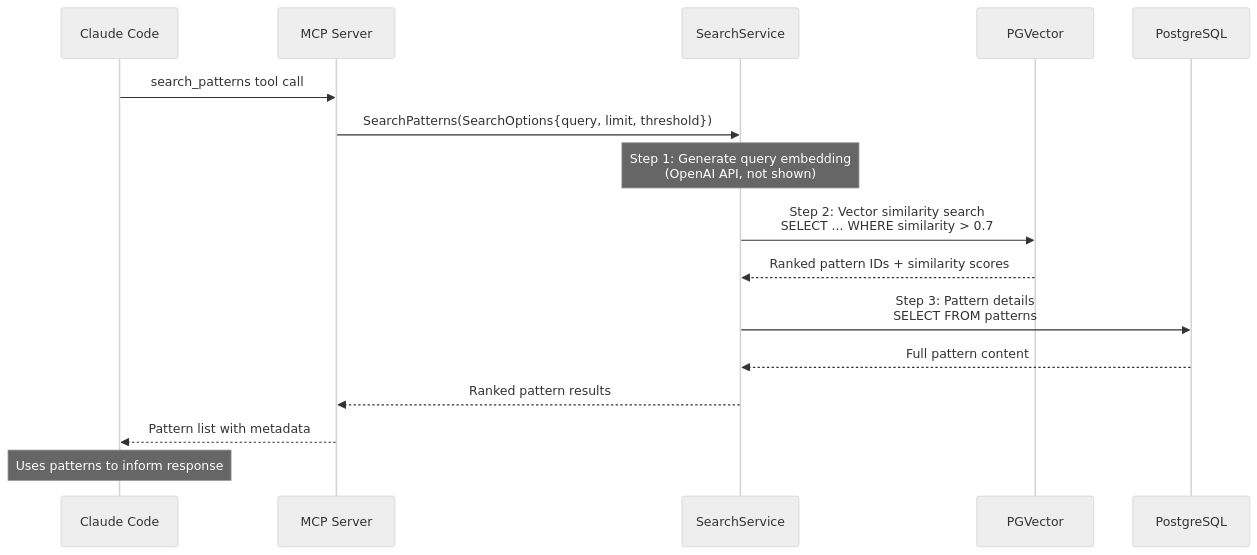
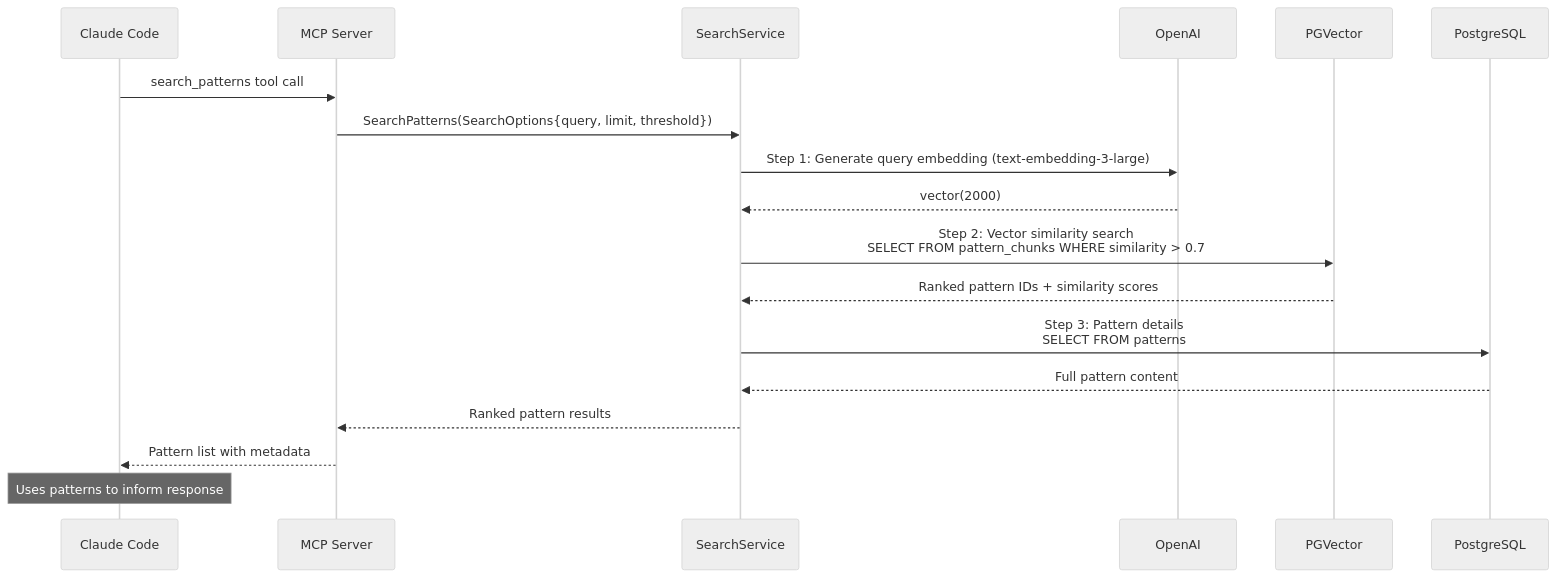
One commit to twistingmercury/mnemonic-docs changed the fifth of 5 diagrams in docs/architecture/system/05-database-integration-flow.md. Above: the diagram before and after it, drawn with Mermaid (neutral theme). The commit also changed other lines of this file, not shown here.

Commit message:
docs: fix database integration flow for MVP 2 decomposed services

````diff
--- a/docs/architecture/system/05-database-integration-flow.md
+++ b/docs/architecture/system/05-database-integration-flow.md
@@ -376,24 +437,26 @@
 ```mermaid
 sequenceDiagram
     participant CC as Claude Code
     participant MCP as MCP Server
     participant SVC as SearchService
+    participant OAI as OpenAI
     participant PGV as PGVector
     participant PG as PostgreSQL
 
     CC->>MCP: search_patterns tool call
     MCP->>SVC: SearchPatterns(SearchOptions{query, limit, threshold})
 
-    Note over SVC: Step 1: Generate query embedding<br/>(OpenAI API, not shown)
+    SVC->>OAI: Step 1: Generate query embedding (text-embedding-3-large)
+    OAI-->>SVC: vector(2000)
 
-    SVC->>PGV: Step 2: Vector similarity search<br/>SELECT ... WHERE similarity > 0.7
+    SVC->>PGV: Step 2: Vector similarity search<br/>SELECT FROM pattern_chunks WHERE similarity > 0.7
     PGV-->>SVC: Ranked pattern IDs + similarity scores
 
     SVC->>PG: Step 3: Pattern details<br/>SELECT FROM patterns
     PG-->>SVC: Full pattern content
 
     SVC-->>MCP: Ranked pattern results
     MCP-->>CC: Pattern list with metadata
 
     Note over CC: Uses patterns to inform response
 ```
````
